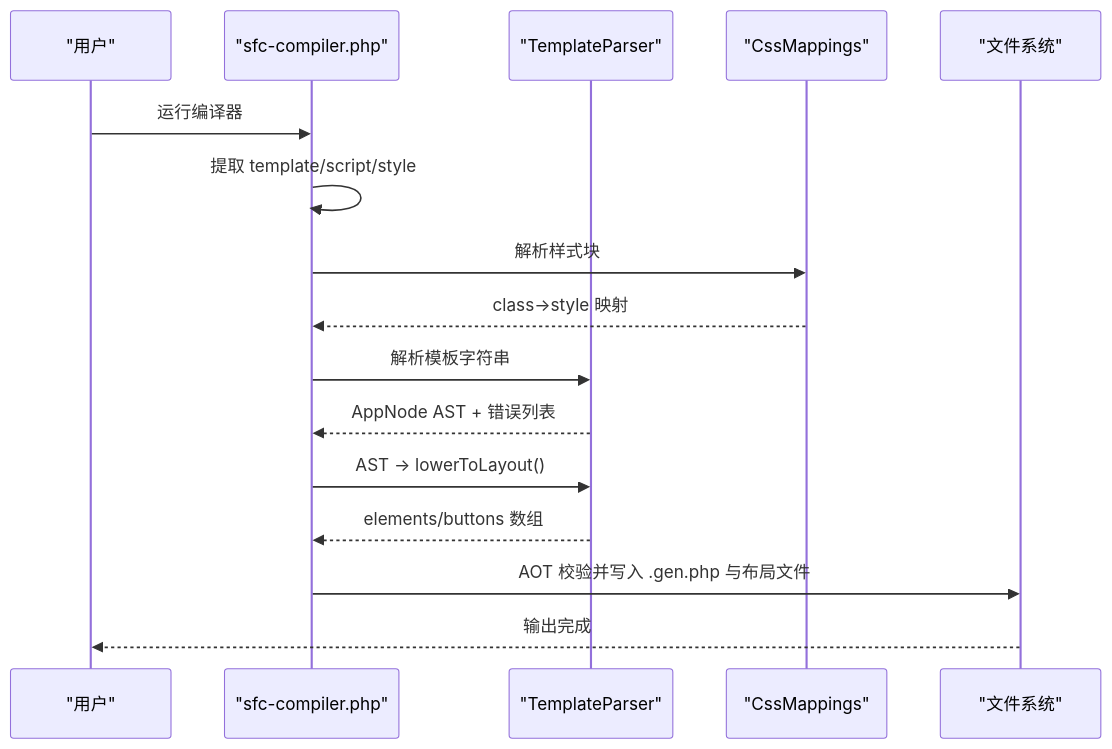
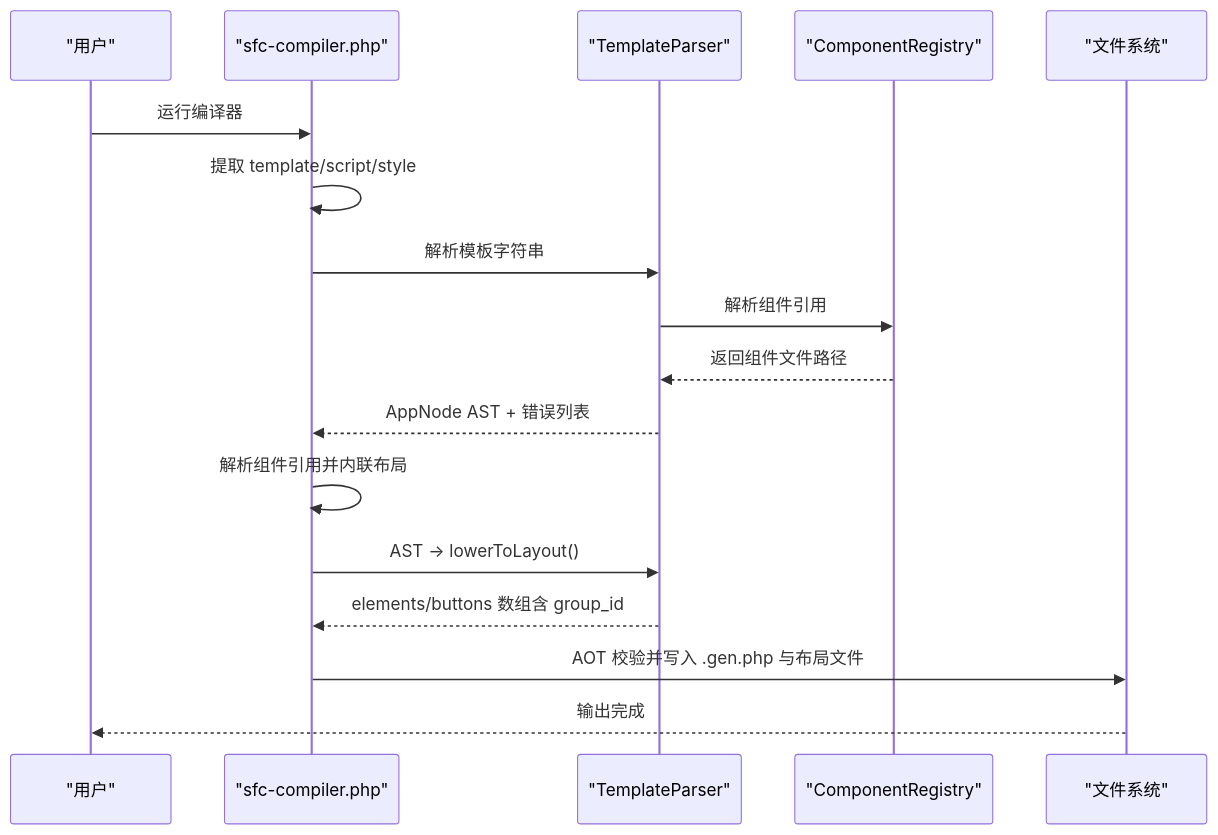
Before and after one commit to xingye00186/PHP-Data-UI-Framework-powered-by-swooleAOT: the second of 7 diagrams in .qoder/repowiki/zh/content/SFC编译器系统/模板解析器.md, drawn with Mermaid. The commit also changed other lines of this file and 37 other files, not shown here.

````diff
--- a/.qoder/repowiki/zh/content/SFC编译器系统/模板解析器.md
+++ b/.qoder/repowiki/zh/content/SFC编译器系统/模板解析器.md
@@ -84,18 +93,19 @@
 ```mermaid
 sequenceDiagram
 participant U as "用户"
 participant CLI as "sfc-compiler.php"
 participant TP as "TemplateParser"
-participant CM as "CssMappings"
+participant CR as "ComponentRegistry"
 participant FS as "文件系统"
 U->>CLI : 运行编译器
 CLI->>CLI : 提取 template/script/style
-CLI->>CM : 解析样式块
-CM-->>CLI : class→style 映射
 CLI->>TP : 解析模板字符串
+TP->>CR : 解析组件引用
+CR-->>TP : 返回组件文件路径
 TP-->>CLI : AppNode AST + 错误列表
+CLI->>CLI : 解析组件引用并内联布局
 CLI->>TP : AST → lowerToLayout()
-TP-->>CLI : elements/buttons 数组
+TP-->>CLI : elements/buttons 数组含 group_id
 CLI->>FS : AOT 校验并写入 .gen.php 与布局文件
 FS-->>U : 输出完成
 ```
````
